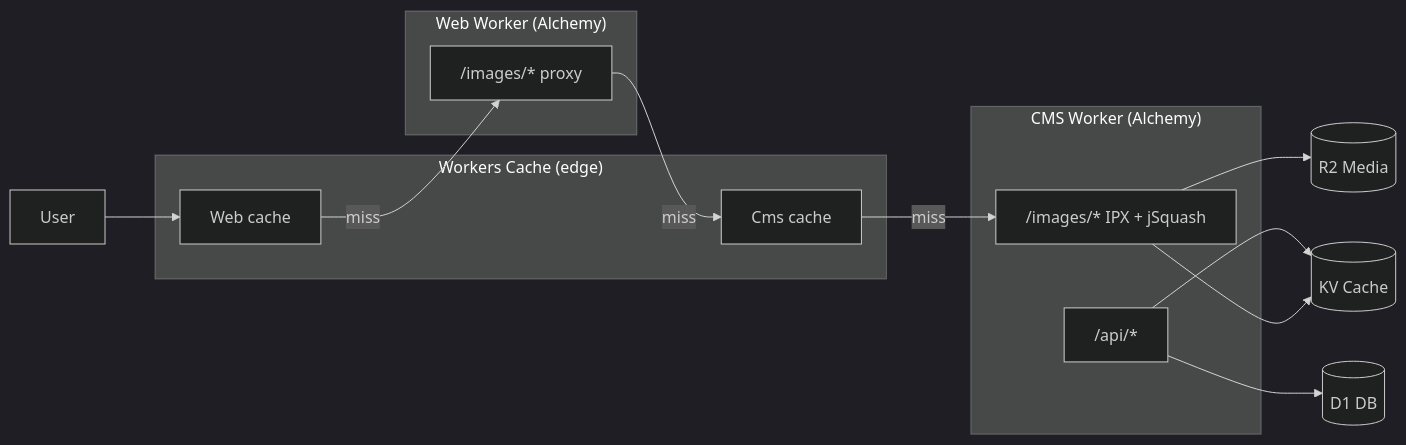
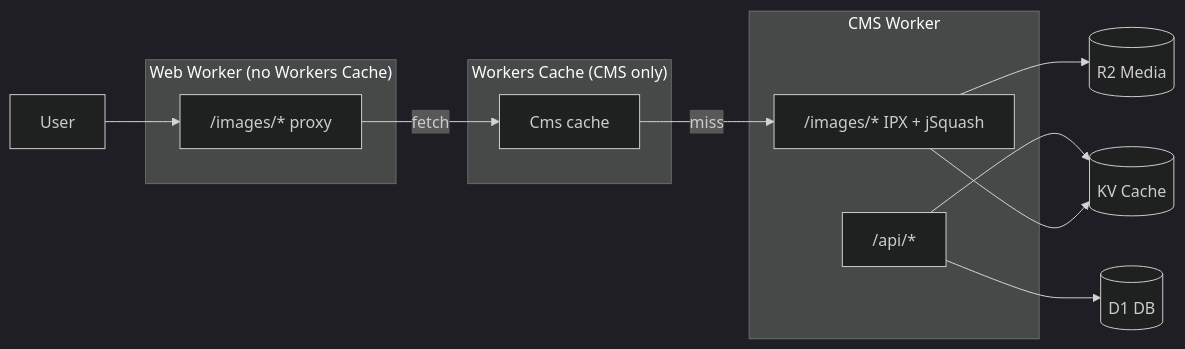
Before and after one commit to bertyn99/cooking-blog: the diagram in docs/architecture/adr-006-image-delivery-cloudflare.md, drawn with Mermaid (dark theme). The commit also changed other lines of this file and 1 other file, not shown here.

First line of the commit message:
refactor(architecture): update Workers Cache configuration for Cms and Web

````diff
--- a/docs/architecture/adr-006-image-delivery-cloudflare.md
+++ b/docs/architecture/adr-006-image-delivery-cloudflare.md
@@ -129,26 +152,24 @@
 ```mermaid
 flowchart LR
-  subgraph Edge["Workers Cache (edge)"]
+  subgraph Edge["Workers Cache (CMS only)"]
     WCms["Cms cache"]
-    WWeb["Web cache"]
   end
-  subgraph WebWorker["Web Worker (Alchemy)"]
+  subgraph WebWorker["Web Worker (no Workers Cache)"]
     WImg["/images/* proxy"]
   end
-  subgraph CmsWorker["CMS Worker (Alchemy)"]
+  subgraph CmsWorker["CMS Worker"]
     CImg["/images/* IPX + jSquash"]
     API["/api/*"]
   end
   R2[(R2 Media)]
   D1[(D1 DB)]
   KV[(KV Cache)]
 
-  User --> WWeb
-  WWeb -->|miss| WImg
-  WImg -->|miss| WCms
+  User --> WImg
+  WImg -->|fetch| WCms
   WCms -->|miss| CImg
   CImg --> R2
   API --> D1
   API --> KV
   CImg --> KV
 ```
````
